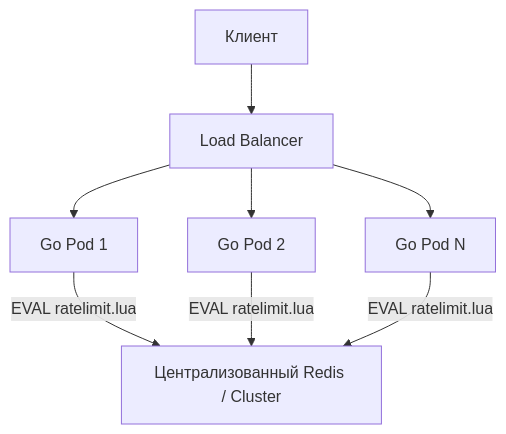
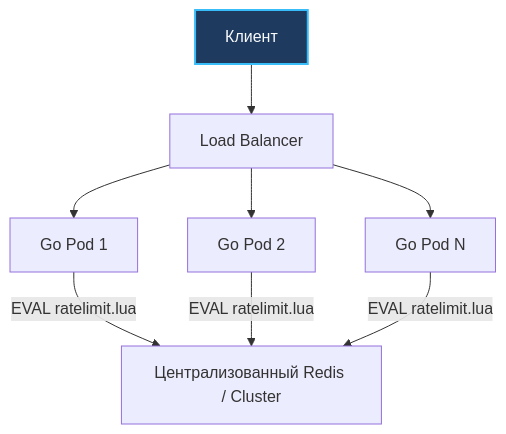
The third of 3 diagrams in sources/3. Компьютерные сети и сетевой стек/33. DDoS, Rate Limiting и базовая защита сетевых сервисов.md (UnrealTemplier/go-textbook), drawn with Mermaid before and after one commit. The commit also changed other lines of this file and 1666 other files, not shown here.

First line of the commit message:
feat(mermaid): add semantic color classDef to 1369 colorless flowchart/graph diagrams

````diff
--- a/sources/3. Компьютерные сети и сетевой стек/33. DDoS, Rate Limiting и базовая защита сетевых сервисов.md
+++ b/sources/3. Компьютерные сети и сетевой стек/33. DDoS, Rate Limiting и базовая защита сетевых сервисов.md
@@ -126,11 +146,21 @@
 ```mermaid
 flowchart TD
-    Client["Клиент"] --> LB["Load Balancer"]
+    classDef process  fill:#1e293b,stroke:#38bdf8,stroke-width:1px,color:#f8fafc
+    classDef success  fill:#064e3b,stroke:#34d399,stroke-width:1px,color:#f8fafc
+    classDef error    fill:#7f1d1d,stroke:#f87171,stroke-width:1px,color:#f8fafc
+    classDef warning  fill:#78350f,stroke:#fbbf24,stroke-width:1px,color:#f8fafc
+    classDef entry    fill:#1e3a5f,stroke:#38bdf8,stroke-width:2px,color:#f8fafc
+    classDef aux      fill:#334155,stroke:#64748b,stroke-width:1px,color:#f8fafc
+    classDef system   fill:#312e81,stroke:#a78bfa,stroke-width:1px,color:#f8fafc
+    classDef data     fill:#132d29,stroke:#2dd4bf,stroke-width:1px,color:#f8fafc
+    classDef network  fill:#881337,stroke:#fb7185,stroke-width:1px,color:#f8fafc
+    classDef accent   fill:#1e1b4b,stroke:#818cf8,stroke-width:1px,color:#f8fafc
+    Client["Клиент"]:::entry --> LB["Load Balancer"]
     LB --> Pod1["Go Pod 1"]
     LB --> Pod2["Go Pod 2"]
     LB --> PodN["Go Pod N"]
     
     Pod1 -->|"EVAL ratelimit.lua"| Redis["Централизованный Redis / Cluster"]
     Pod2 -->|"EVAL ratelimit.lua"| Redis
     PodN -->|"EVAL ratelimit.lua"| Redis
 ```
````
